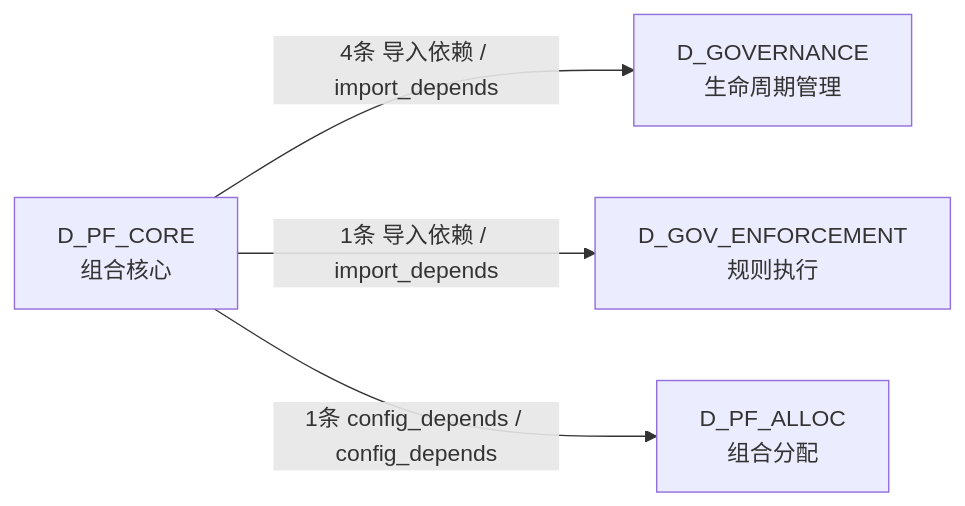
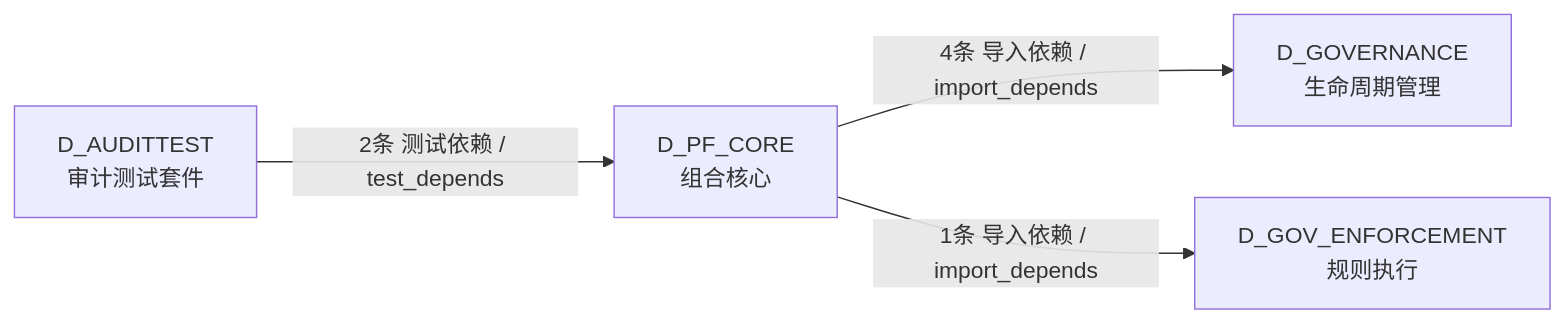
Before and after one commit to xuanFelixVan/ZephyrAlpha: the fourth of 4 diagrams in docs/02_enterprise_architecture/02_domain_architecture_docs/50_d_pf_core.md, drawn with Mermaid. The commit also changed other lines of this file and 112 other files, not shown here.

````diff
--- a/docs/02_enterprise_architecture/02_domain_architecture_docs/50_d_pf_core.md
+++ b/docs/02_enterprise_architecture/02_domain_architecture_docs/50_d_pf_core.md
@@ -195,10 +189,10 @@
 ```mermaid
 graph LR
     D_PF_CORE["D_PF_CORE<br/>组合核心"]
     D_GOVERNANCE["D_GOVERNANCE<br/>生命周期管理"]
     D_GOV_ENFORCEMENT["D_GOV_ENFORCEMENT<br/>规则执行"]
-    D_PF_ALLOC["D_PF_ALLOC<br/>组合分配"]
+    D_AUDITTEST["D_AUDITTEST<br/>审计测试套件"]
     D_PF_CORE -->|4条 导入依赖 / import_depends| D_GOVERNANCE
     D_PF_CORE -->|1条 导入依赖 / import_depends| D_GOV_ENFORCEMENT
-    D_PF_CORE -->|1条 config_depends / config_depends| D_PF_ALLOC
+    D_AUDITTEST -->|2条 测试依赖 / test_depends| D_PF_CORE
 ```
````
